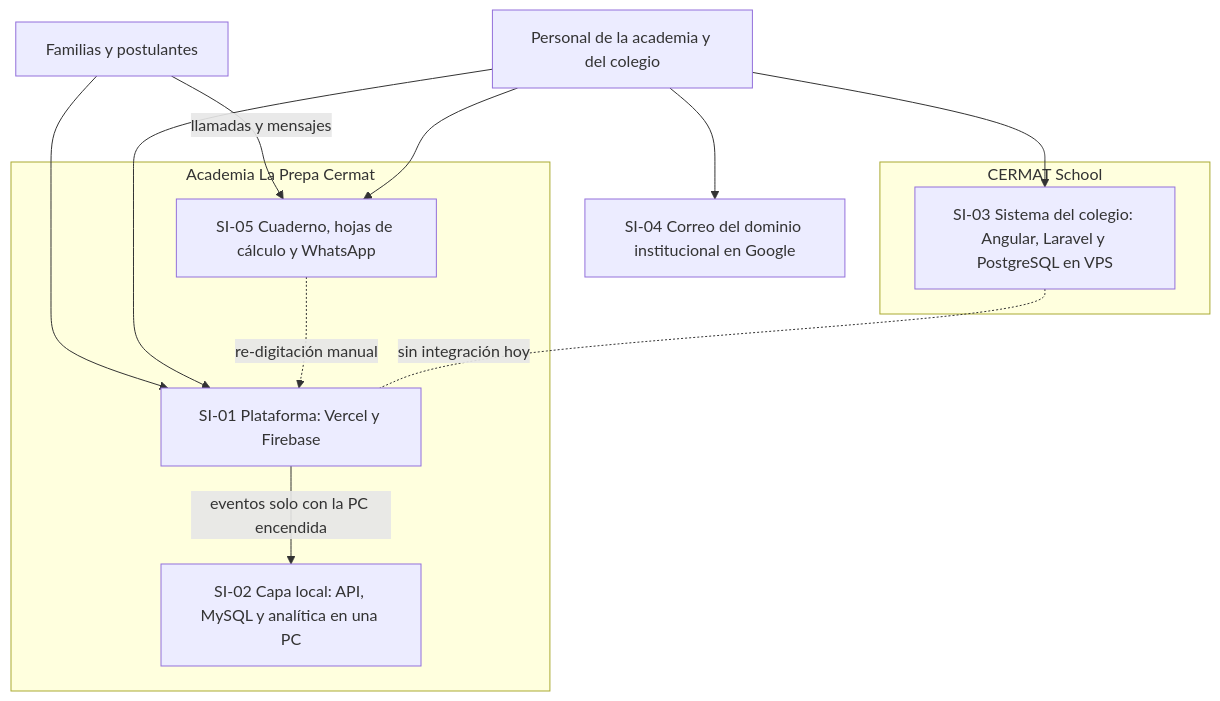
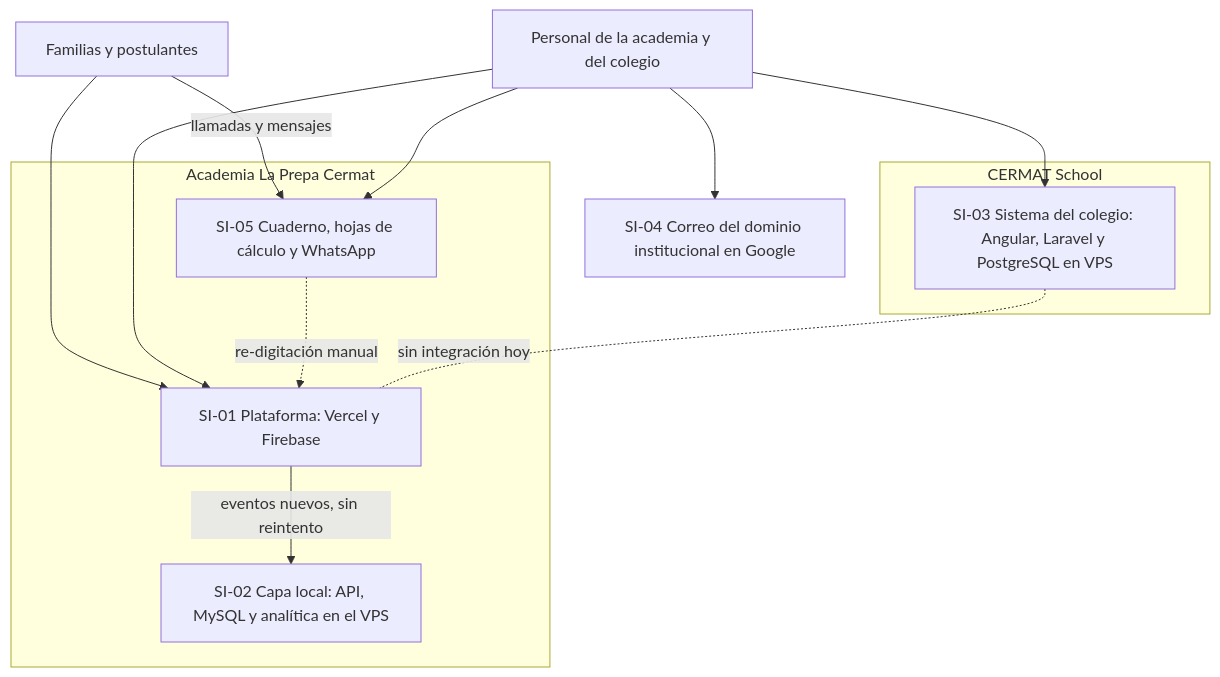
The second of 3 diagrams in docs/gestion-ti/e5-propuesta-solucion-tic-ce0141.md (yucradavid/Perfil-de-egreso-Plataforma-Web-Integral-CERMAT), drawn with Mermaid before and after one commit. The commit also changed other lines of this file and 53 other files, not shown here.

````diff
--- a/docs/gestion-ti/e5-propuesta-solucion-tic-ce0141.md
+++ b/docs/gestion-ti/e5-propuesta-solucion-tic-ce0141.md
@@ -106,23 +106,23 @@
 ```mermaid
 flowchart TB
   FAM["Familias y postulantes"]
   PER["Personal de la academia y del colegio"]
   subgraph ACA["Academia La Prepa Cermat"]
     SI01["SI-01 Plataforma: Vercel y Firebase"]
-    SI02["SI-02 Capa local: API, MySQL y analítica en una PC"]
+    SI02["SI-02 Capa local: API, MySQL y analítica en el VPS"]
     SI05["SI-05 Cuaderno, hojas de cálculo y WhatsApp"]
   end
   subgraph COLE["CERMAT School"]
     SI03["SI-03 Sistema del colegio: Angular, Laravel y PostgreSQL en VPS"]
   end
   SI04["SI-04 Correo del dominio institucional en Google"]
   FAM --> SI01
   FAM -- "llamadas y mensajes" --> SI05
   PER --> SI01
   PER --> SI05
   PER --> SI03
   PER --> SI04
-  SI01 -- "eventos solo con la PC encendida" --> SI02
+  SI01 -- "eventos nuevos, sin reintento" --> SI02
   SI05 -. "re-digitación manual" .-> SI01
   SI03 -. "sin integración hoy" .- SI01
 ```
````
